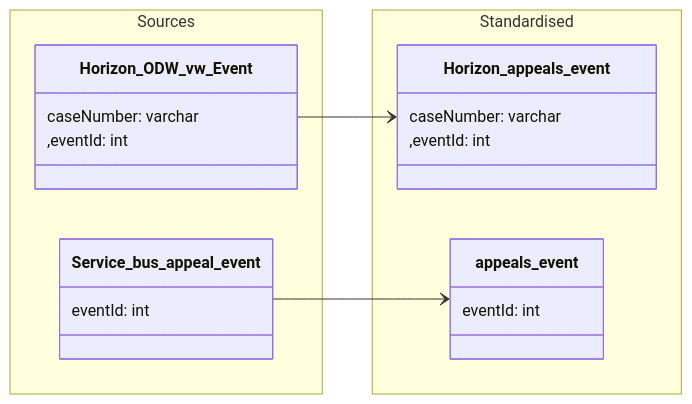
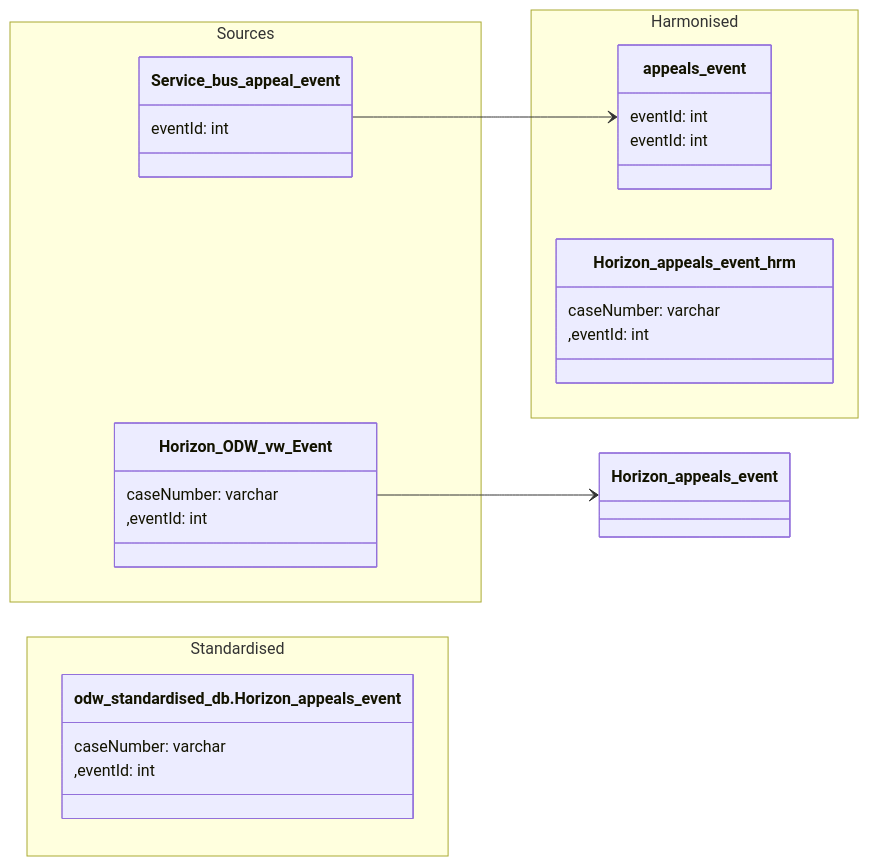
Before and after one commit to Planning-Inspectorate/ODW-Service: the diagram in data-models/appeal-event.md, drawn with Mermaid.

````diff
--- a/data-models/appeal-event.md
+++ b/data-models/appeal-event.md
@@ -7,34 +7,46 @@
 ```mermaid
 
 classDiagram
 
     direction LR
 
     namespace Sources {
 
         class Horizon_ODW_vw_Event {
             caseNumber: varchar
             ,eventId: int
         }
 
         class Service_bus_appeal_event  {
             eventId: int
         }
     }
 
     namespace Standardised {
 
-        class Horizon_appeals_event {
+        class odw_standardised_db.Horizon_appeals_event {
+            caseNumber: varchar
+            ,eventId: int
+        }
+
+        class appeals_event  {
+            eventId: int
+        }
+    }
+
+    namespace Harmonised {
+
+        class Horizon_appeals_event_hrm {
             caseNumber: varchar
             ,eventId: int
         }
 
         class appeals_event  {
             eventId: int
         }
     }
 
 `Horizon_ODW_vw_Event` --> `Horizon_appeals_event`
 `Service_bus_appeal_event` --> `appeals_event`
 
 ```
````
